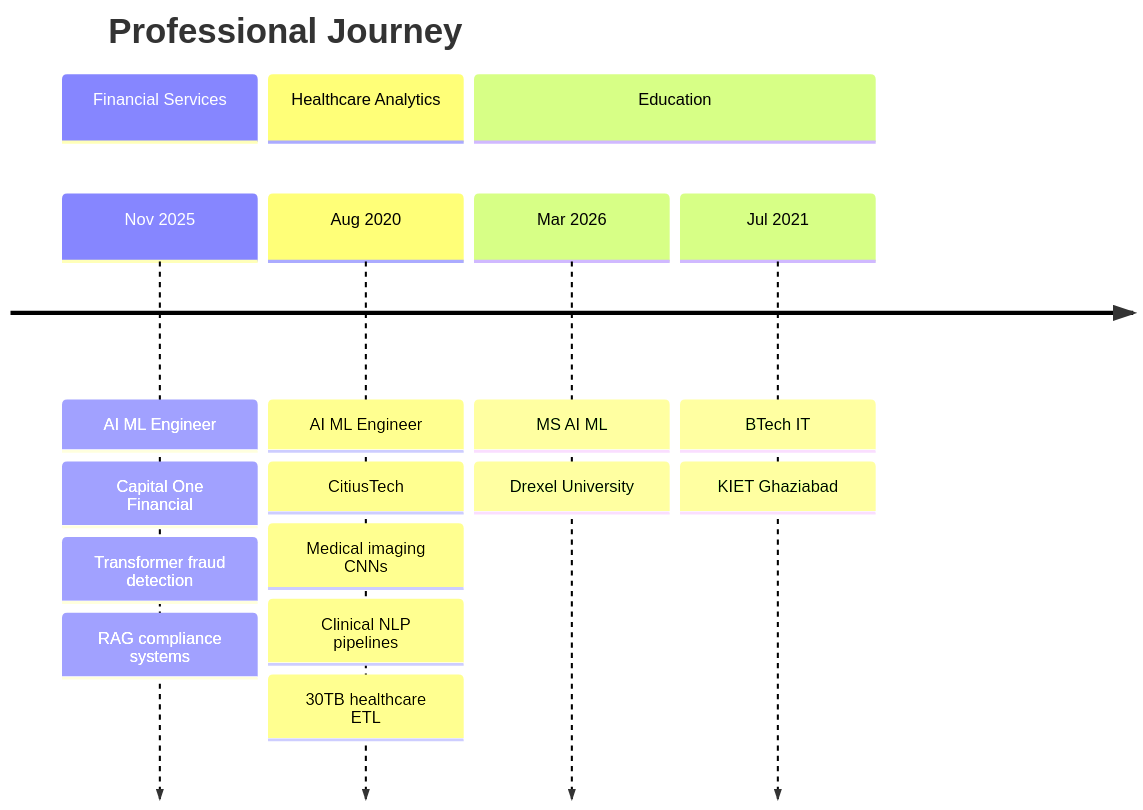
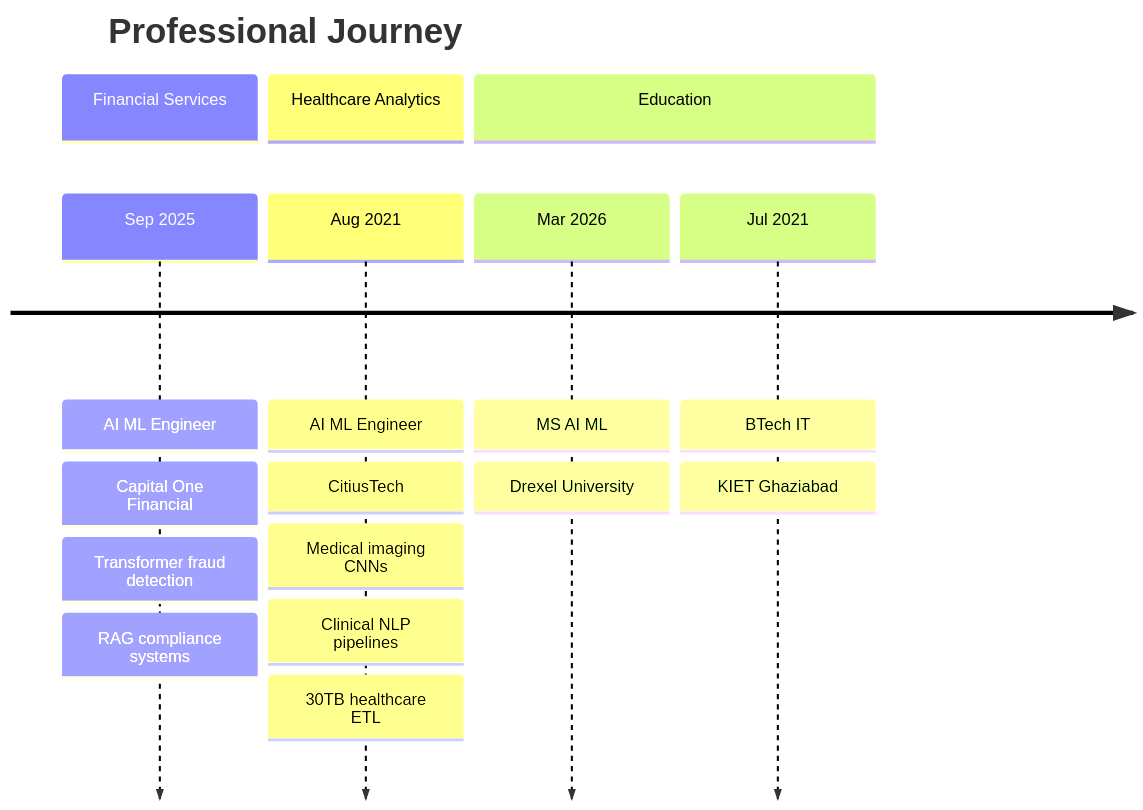
The second of 4 diagrams in README.md (dshobhit709-art/dshobhit709-art), drawn with Mermaid before and after one commit.

````diff
--- a/README.md
+++ b/README.md
@@ -85,20 +85,20 @@
 ```mermaid
 timeline
     title Professional Journey
     section Financial Services
-    Nov 2025 : AI ML Engineer
+    Sep 2025 : AI ML Engineer
              : Capital One Financial
              : Transformer fraud detection
              : RAG compliance systems
     section Healthcare Analytics
-    Aug 2020 : AI ML Engineer
+    Aug 2021 : AI ML Engineer
              : CitiusTech
              : Medical imaging CNNs
              : Clinical NLP pipelines
              : 30TB healthcare ETL
     section Education
     Mar 2026 : MS AI ML
              : Drexel University
     Jul 2021 : BTech IT
              : KIET Ghaziabad
 ```
````
